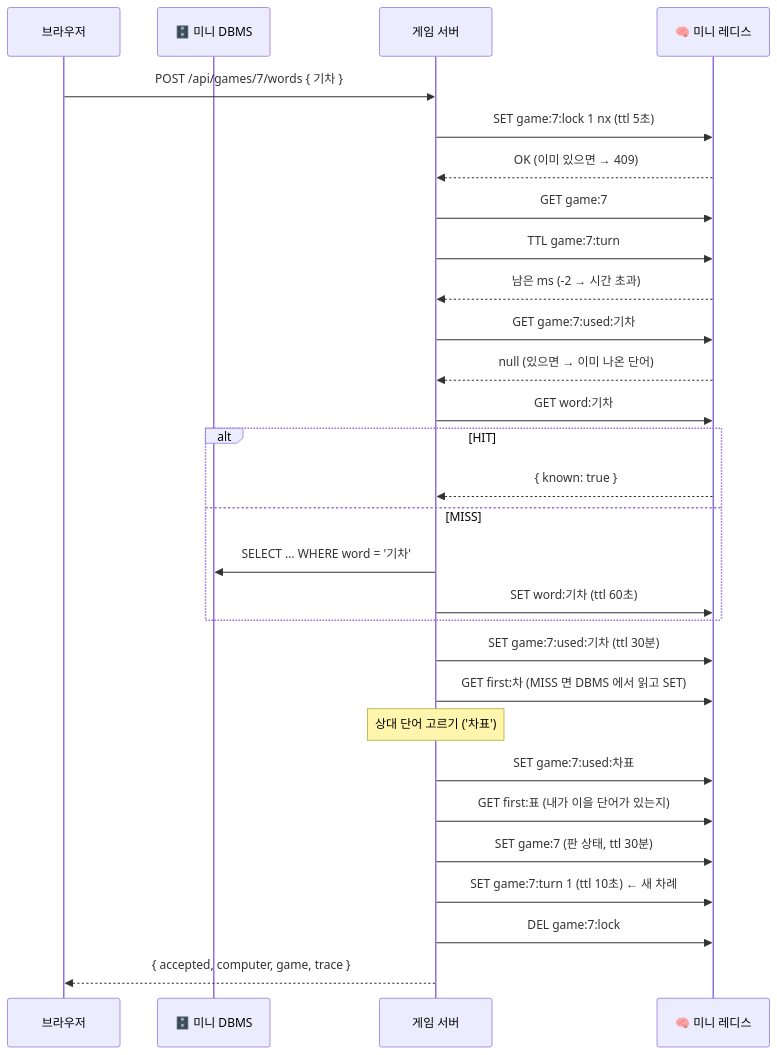
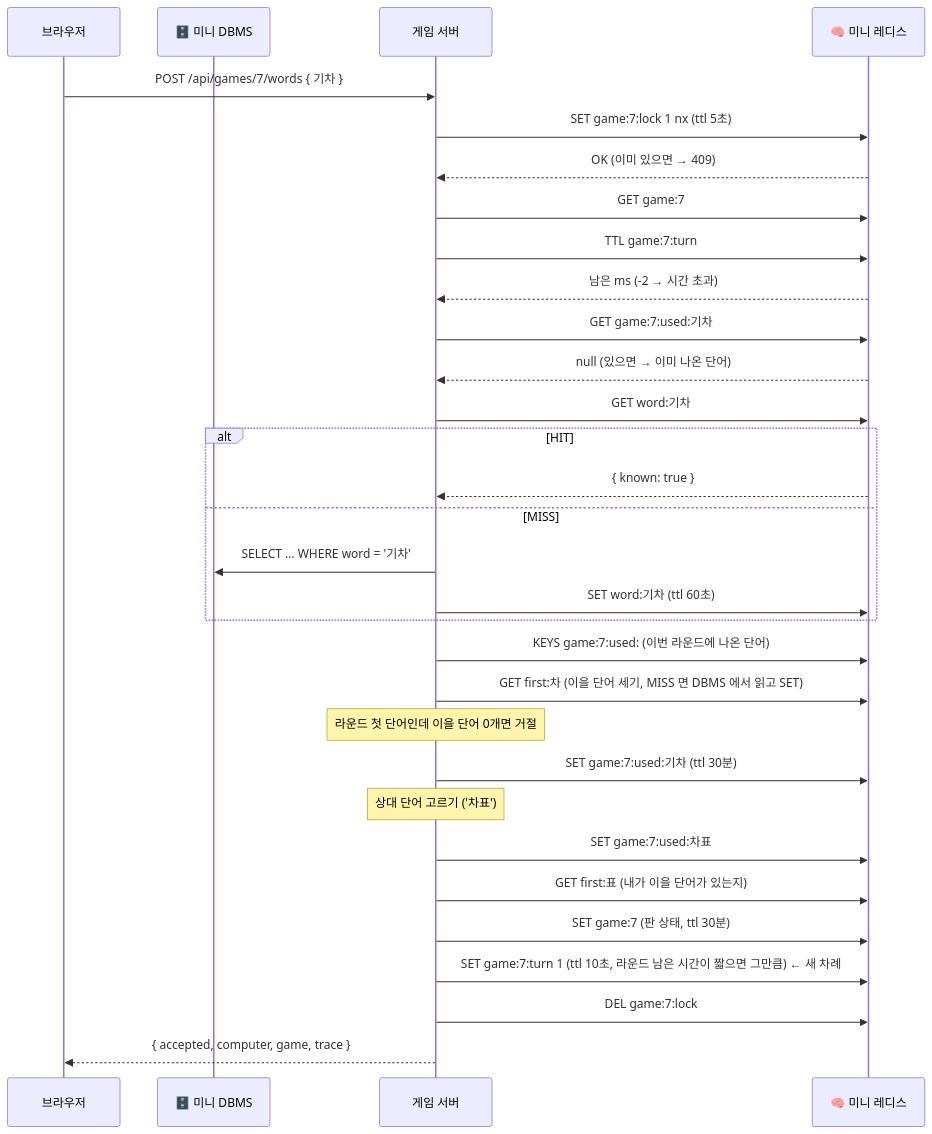
Before and after one commit to ririzu1202/shiritori: the fourth of 5 diagrams in README.md, drawn with Mermaid. The commit also changed other lines of this file, not shown here.

````diff
--- a/README.md
+++ b/README.md
@@ -259,31 +266,33 @@
 ```mermaid
 sequenceDiagram
   participant B as 브라우저
   participant D as 🗄️ 미니 DBMS
   participant G as 게임 서버
   participant R as 🧠 미니 레디스
   B->>G: POST /api/games/7/words { 기차 }
   G->>R: SET game:7:lock 1 nx (ttl 5초)
   R-->>G: OK  (이미 있으면 → 409)
   G->>R: GET game:7
   G->>R: TTL game:7:turn
   R-->>G: 남은 ms  (-2 → 시간 초과)
   G->>R: GET game:7:used:기차
   R-->>G: null  (있으면 → 이미 나온 단어)
   G->>R: GET word:기차
   alt HIT
     R-->>G: { known: true }
   else MISS
     G->>D: SELECT … WHERE word = '기차'
     G->>R: SET word:기차 (ttl 60초)
   end
+  G->>R: KEYS game:7:used:  (이번 라운드에 나온 단어)
+  G->>R: GET first:차  (이을 단어 세기, MISS 면 DBMS 에서 읽고 SET)
+  Note over G: 라운드 첫 단어인데 이을 단어 0개면 거절
   G->>R: SET game:7:used:기차 (ttl 30분)
-  G->>R: GET first:차  (MISS 면 DBMS 에서 읽고 SET)
   Note over G: 상대 단어 고르기 ('차표')
   G->>R: SET game:7:used:차표
   G->>R: GET first:표  (내가 이을 단어가 있는지)
   G->>R: SET game:7 (판 상태, ttl 30분)
-  G->>R: SET game:7:turn 1 (ttl 10초)  ← 새 차례
+  G->>R: SET game:7:turn 1 (ttl 10초, 라운드 남은 시간이 짧으면 그만큼)  ← 새 차례
   G->>R: DEL game:7:lock
   G-->>B: { accepted, computer, game, trace }
 ```
````
